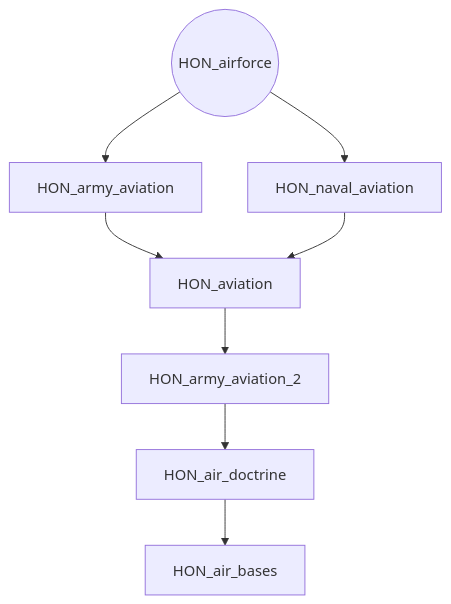
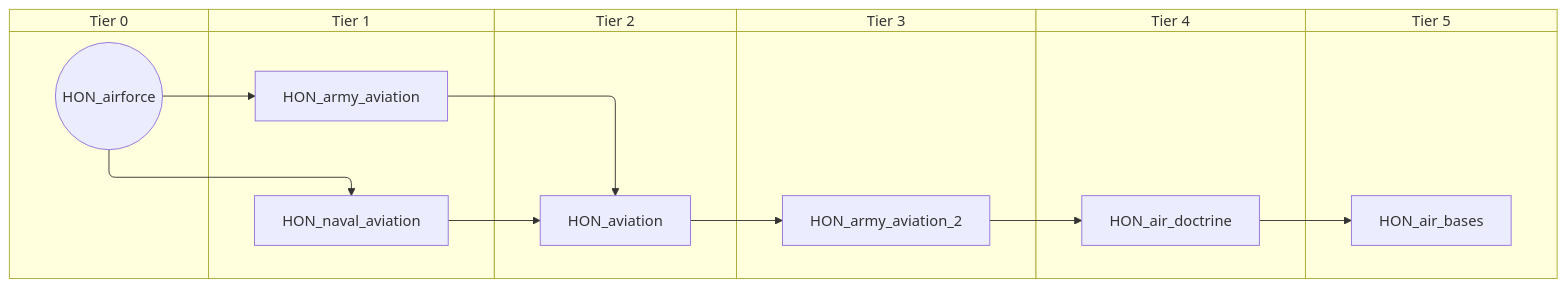
One commit to evgeny-sobol/hoi4-sandbox-mode-r56 changed the first of 6 diagrams in docs/gdd/National Focuses/honduras.md. Above: the diagram before and after it, drawn with Mermaid. The commit also changed other lines of this file and 423 other files, not shown here.

First line of the commit message:
Re-export Rt56 focus trees as swimlane diagrams

````diff
--- a/docs/gdd/National Focuses/honduras.md
+++ b/docs/gdd/National Focuses/honduras.md
@@ -3,17 +3,29 @@
 ```mermaid
-flowchart TD
-    n1["HON_air_bases"]
-    n2["HON_air_doctrine"]
-    n3(("HON_airforce"))
-    n4["HON_army_aviation"]
-    n5["HON_army_aviation_2"]
-    n6["HON_aviation"]
-    n7["HON_naval_aviation"]
-    n2 --> n1
-    n5 --> n2
+swimlane-beta TD
+    subgraph tier_0["Tier 0"]
+        n1(("HON_airforce"))
+    end
+    subgraph tier_1["Tier 1"]
+        n2["HON_army_aviation"]
+        n3["HON_naval_aviation"]
+    end
+    subgraph tier_2["Tier 2"]
+        n4["HON_aviation"]
+    end
+    subgraph tier_3["Tier 3"]
+        n5["HON_army_aviation_2"]
+    end
+    subgraph tier_4["Tier 4"]
+        n6["HON_air_doctrine"]
+    end
+    subgraph tier_5["Tier 5"]
+        n7["HON_air_bases"]
+    end
+    n6 --> n7
+    n5 --> n6
+    n1 --> n2
+    n4 --> n5
+    n2 --> n4
     n3 --> n4
-    n6 --> n5
-    n4 --> n6
-    n7 --> n6
-    n3 --> n7
+    n1 --> n3
 ```
````
